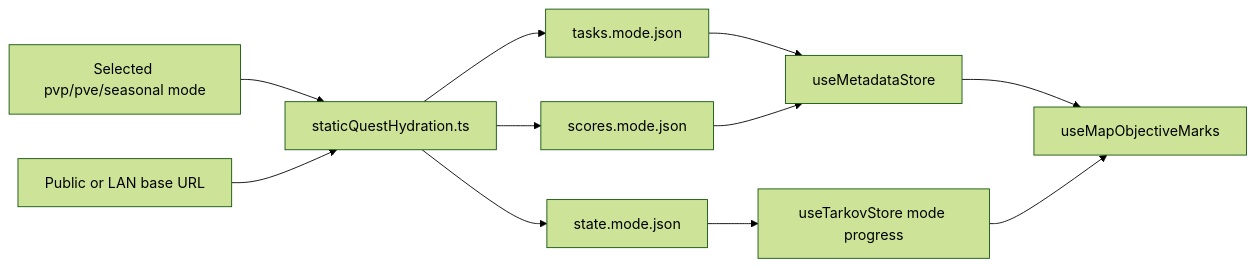
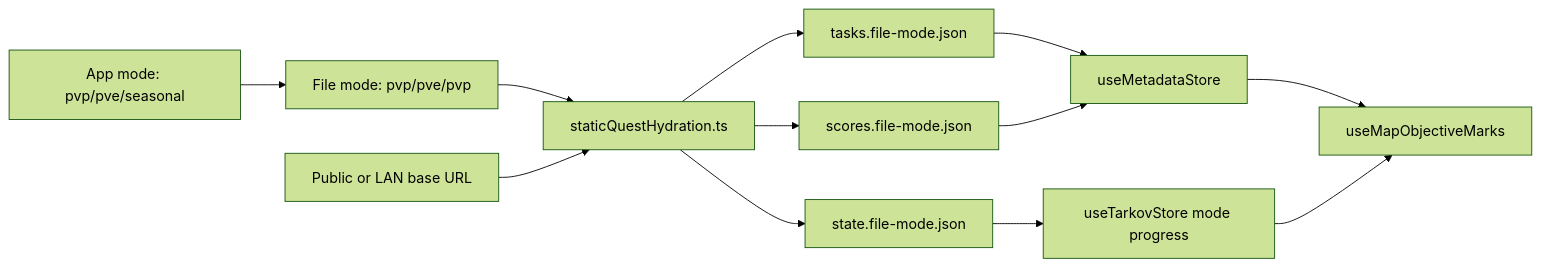
The first of 10 diagrams in docs/SYSTEMS.md (ipo/TarkovTracker), drawn with Mermaid (forest theme) before and after one commit. The commit also changed other lines of this file and 22 other files, not shown here.

Commit message:
fix(maps): harden static quest hydration

````diff
--- a/docs/SYSTEMS.md
+++ b/docs/SYSTEMS.md
@@ -52,13 +52,14 @@
 ```mermaid
 flowchart LR
-    Mode["Selected pvp/pve/seasonal mode"] --> Loader["staticQuestHydration.ts"]
+    Mode["App mode: pvp/pve/seasonal"] --> FileMode["File mode: pvp/pve/pvp"]
+    FileMode --> Loader["staticQuestHydration.ts"]
     Base["Public or LAN base URL"] --> Loader
-    Loader --> Tasks["tasks.mode.json"]
-    Loader --> State["state.mode.json"]
-    Loader --> Scores["scores.mode.json"]
+    Loader --> Tasks["tasks.file-mode.json"]
+    Loader --> State["state.file-mode.json"]
+    Loader --> Scores["scores.file-mode.json"]
     Tasks --> Metadata["useMetadataStore"]
     Scores --> Metadata
     State --> Progress["useTarkovStore mode progress"]
     Metadata --> Marks["useMapObjectiveMarks"]
     Progress --> Marks
 ```
````
